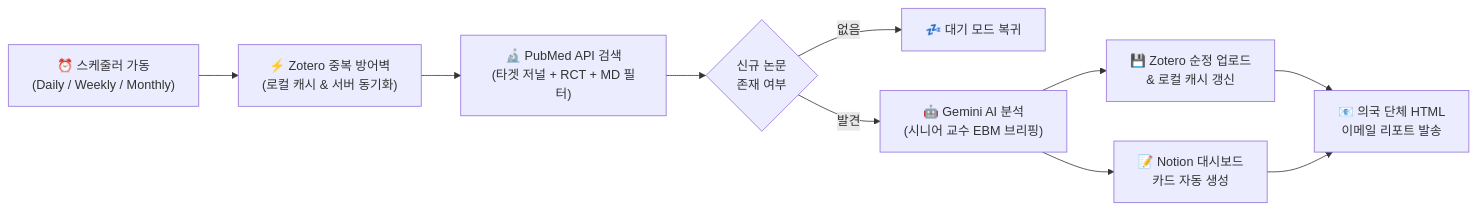
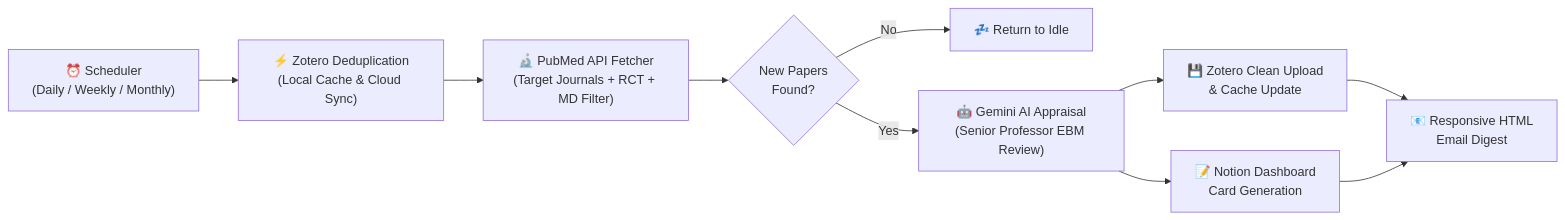
Before and after one commit to mingil/journal-club-bot: the diagram in README.md, drawn with Mermaid. The commit also changed other lines of this file and 4 other files, not shown here.

````diff
--- a/README.md
+++ b/README.md
@@ -36,11 +54,11 @@
 ```mermaid
 flowchart LR
-    A["⏰ 스케줄러 가동\n(Daily / Weekly / Monthly)"] --> B["⚡ Zotero 중복 방어벽\n(로컬 캐시 & 서버 동기화)"]
-    B --> C["🔬 PubMed API 검색\n(타겟 저널 + RCT + MD 필터)"]
-    C --> D{"신규 논문\n존재 여부"}
-    D -- "없음" --> E["💤 대기 모드 복귀"]
-    D -- "발견" --> F["🤖 Gemini AI 분석\n(시니어 교수 EBM 브리핑)"]
-    F --> G["💾 Zotero 순정 업로드\n& 로컬 캐시 갱신"]
-    F --> H["📝 Notion 대시보드\n카드 자동 생성"]
-    G & H --> I["📧 의국 단체 HTML\n이메일 리포트 발송"]
+    A["⏰ Scheduler\n(Daily / Weekly / Monthly)"] --> B["⚡ Zotero Deduplication\n(Local Cache & Cloud Sync)"]
+    B --> C["🔬 PubMed API Fetcher\n(Target Journals + RCT + MD Filter)"]
+    C --> D{"New Papers\nFound?"}
+    D -- "No" --> E["💤 Return to Idle"]
+    D -- "Yes" --> F["🤖 Gemini AI Appraisal\n(Senior Professor EBM Review)"]
+    F --> G["💾 Zotero Clean Upload\n& Cache Update"]
+    F --> H["📝 Notion Dashboard\nCard Generation"]
+    G & H --> I["📧 Responsive HTML\nEmail Digest"]
 ```
````
